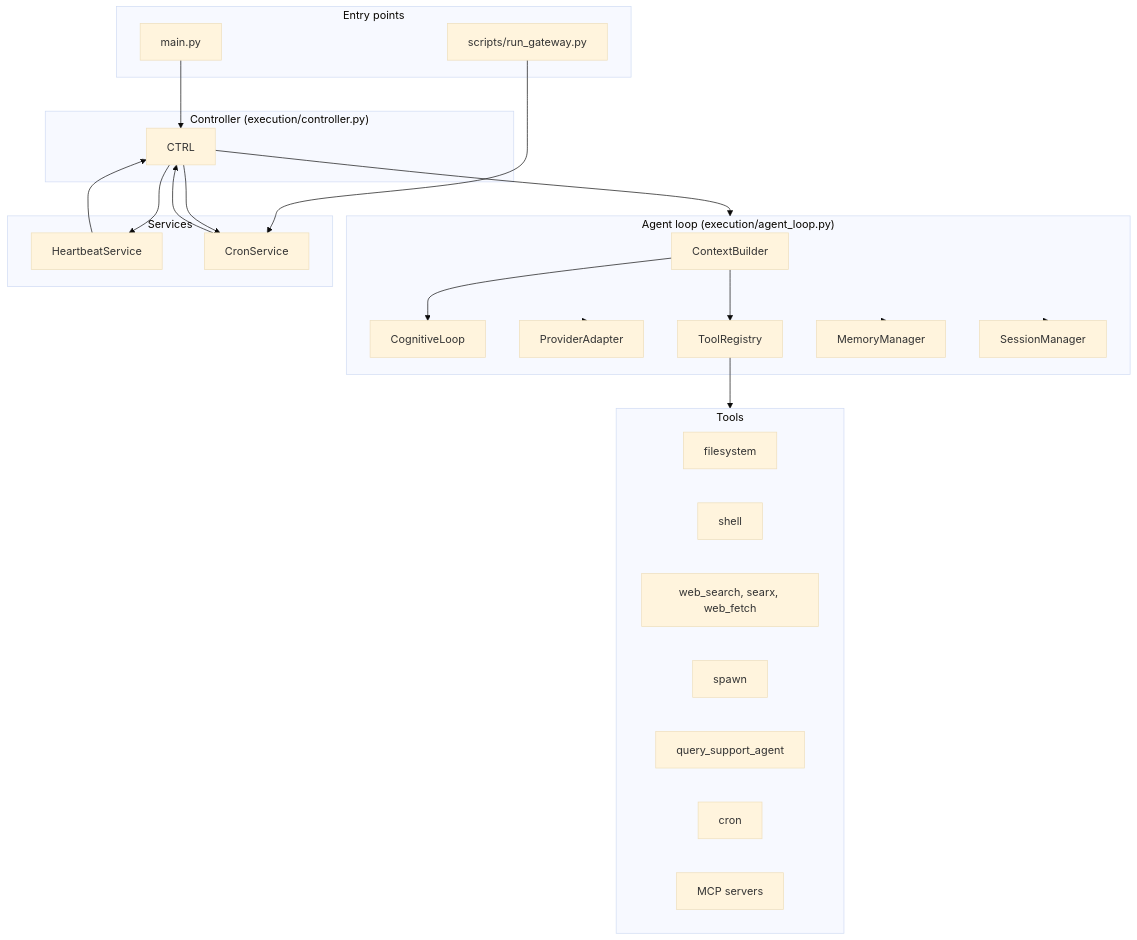
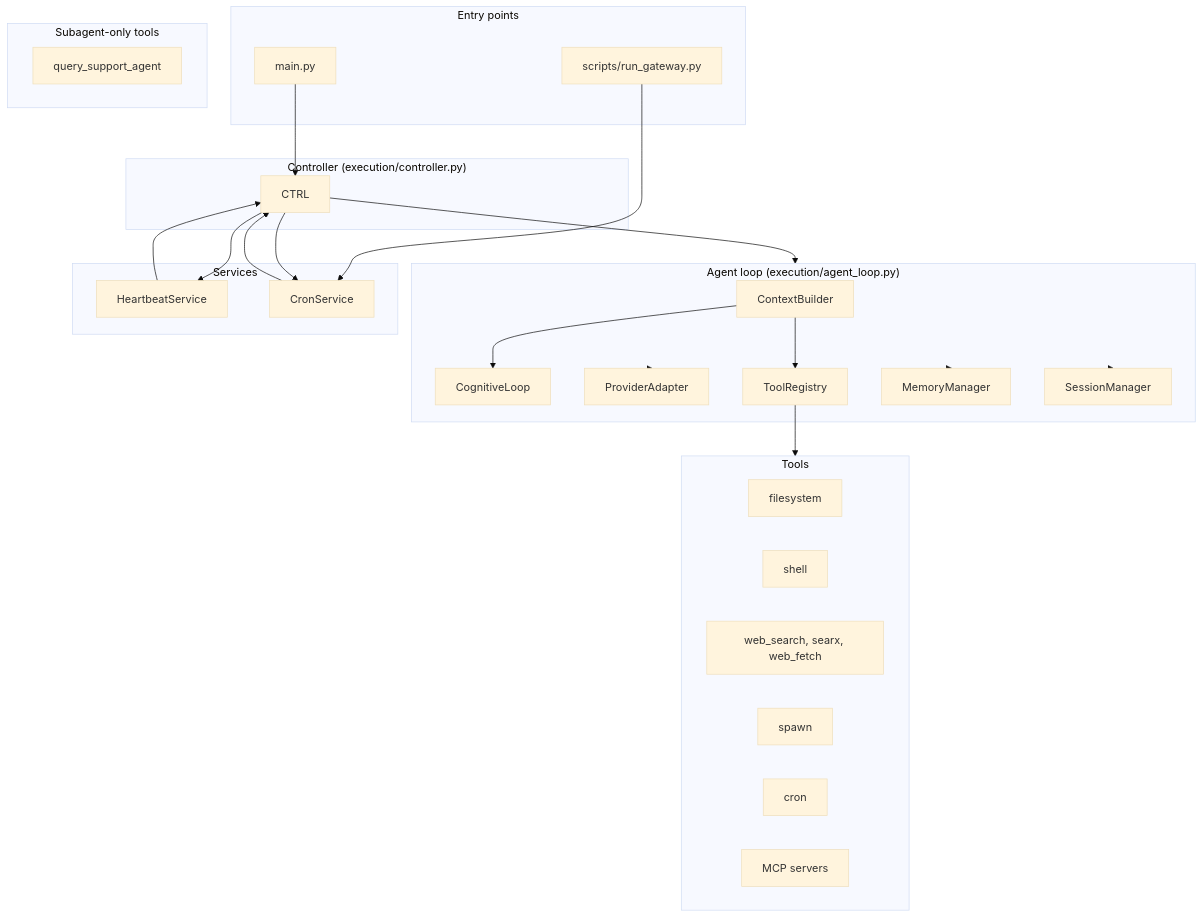
Before and after one commit to divo12/Arceus: the second of 3 diagrams in docs/architecture.md, drawn with Mermaid (base theme). The commit also changed 9 other files, not shown here.

Commit message:
feat: SupportQueryTool for subagents only, LLM analysis, problem memory, skill Learnings.md

````diff
--- a/docs/architecture.md
+++ b/docs/architecture.md
@@ -72,49 +72,52 @@
 ```mermaid
 flowchart TB
     subgraph Entry["Entry points"]
         MAIN["main.py"]
         GATEWAY["scripts/run_gateway.py"]
     end
 
     subgraph Controller["Controller (execution/controller.py)"]
         CTRL
     end
 
     subgraph Loop["Agent loop (execution/agent_loop.py)"]
         CTX[ContextBuilder]
         COG[CognitiveLoop]
         PROVIDER[ProviderAdapter]
         REG[ToolRegistry]
         MEM[MemoryManager]
         SESS[SessionManager]
     end
 
     subgraph Tools["Tools"]
         FS[filesystem]
         SHELL[shell]
         WEB[web_search, searx, web_fetch]
         SPAWN[spawn]
-        SUPPORT[query_support_agent]
         CRON[cron]
         MCP[MCP servers]
+    end
+
+    subgraph SubagentTools["Subagent-only tools"]
+        SUPPORT[query_support_agent]
     end
 
     subgraph Services["Services"]
         HB[HeartbeatService]
         CRON_SVC[CronService]
     end
 
     MAIN --> CTRL
     GATEWAY --> CRON_SVC
     CTRL --> Loop
     CTRL --> HB
     CTRL --> CRON_SVC
     CTX --> COG
     CTX --> REG
     Loop --> PROVIDER
     Loop --> MEM
     Loop --> SESS
     REG --> Tools
     HB --> CTRL
     CRON_SVC --> CTRL
 ```
````
